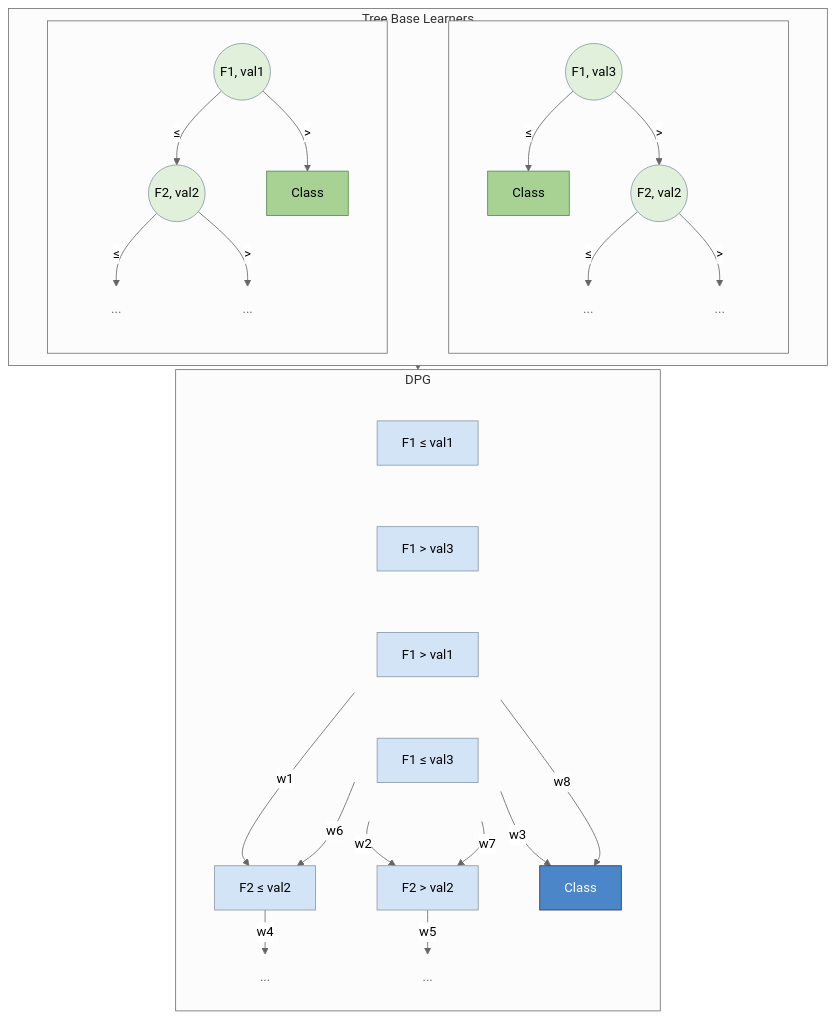
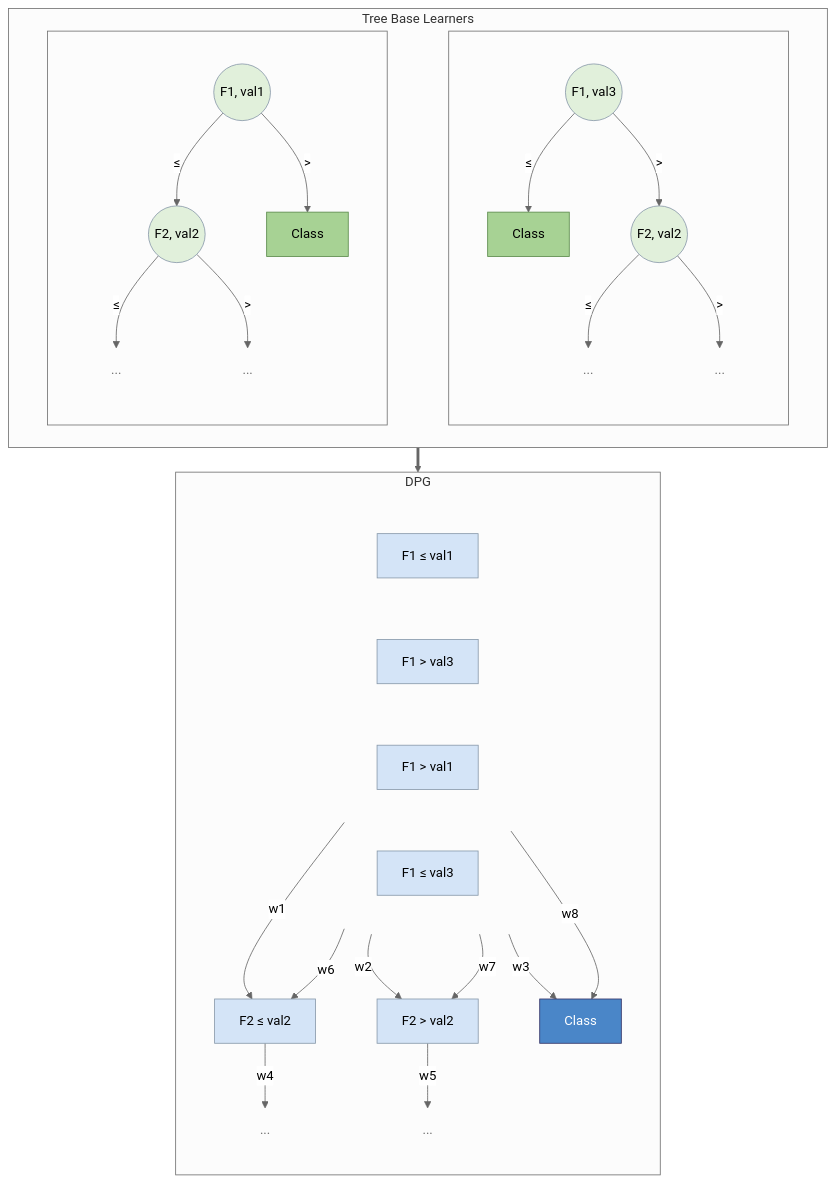
Before and after one commit to Meta-Group/DPG: the diagram in README.md, drawn with Mermaid (neutral theme).

Commit message:
Adjust diagram rank spacing

````diff
--- a/README.md
+++ b/README.md
@@ -29,5 +29,5 @@
 ```mermaid
-%%{init: {"flowchart": {"nodeSpacing": 75, "rankSpacing": 5}}}%%
+%%{init: {"flowchart": {"nodeSpacing": 75, "rankSpacing": 30}}}%%
 
 flowchart TB
     subgraph trees ["Tree Base Learners"]
````
